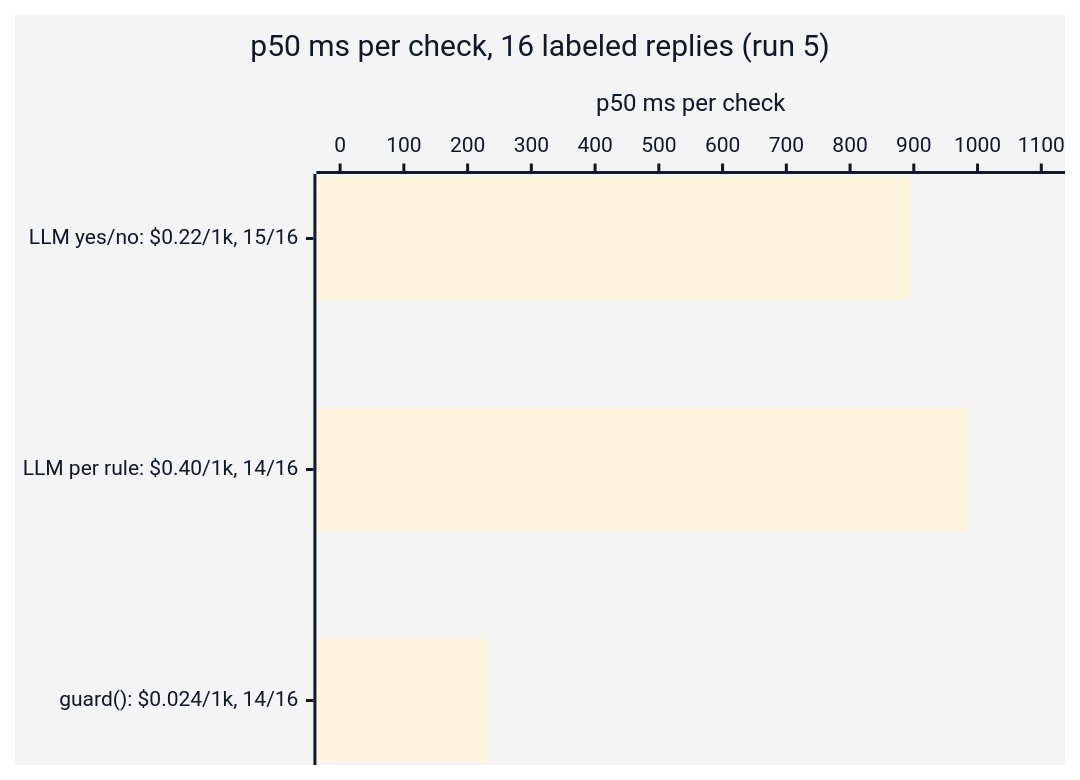
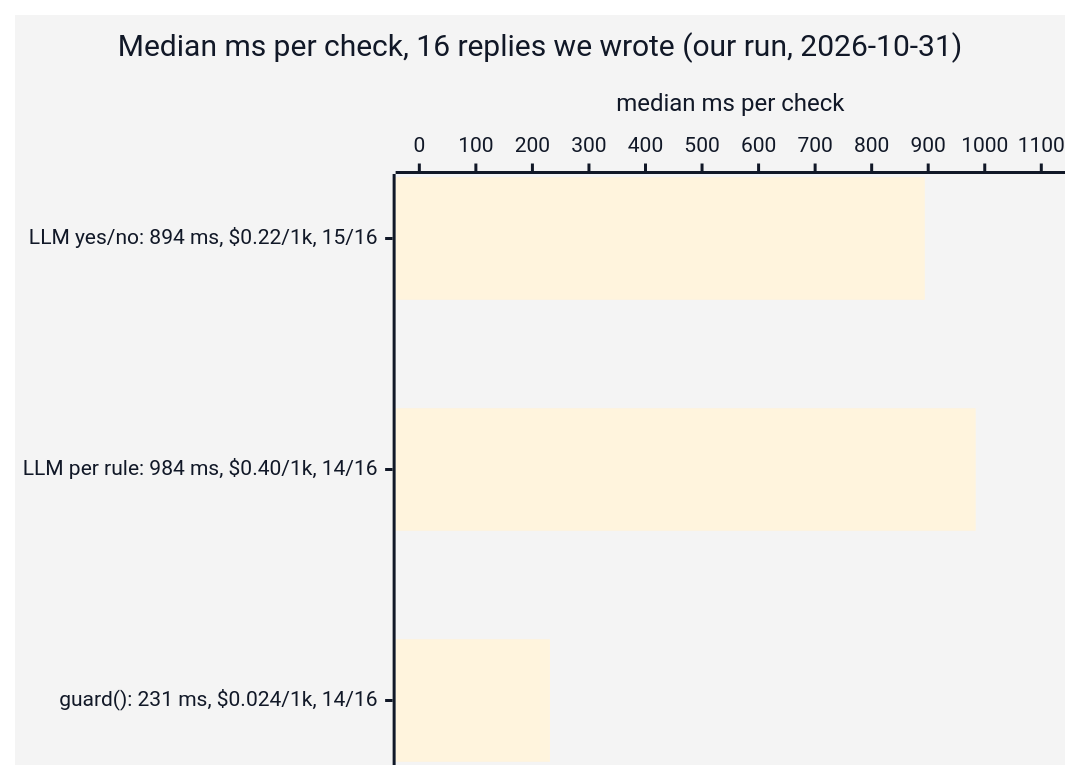
One commit to axel-sirota/getting_started_jev changed the diagram in course/diagrams/module_04/p2-demo-speed-cost.mmd. Above: the diagram before and after it, drawn with Mermaid. The commit also changed 29 other files, not shown here.

Commit message:
Module 4: notebooks and diagrams

```diff
--- a/course/diagrams/module_04/p2-demo-speed-cost.mmd
+++ b/course/diagrams/module_04/p2-demo-speed-cost.mmd
@@ -1,6 +1,6 @@
 %%{init: {"theme": "base", "themeVariables": {"fontFamily": "Inter, sans-serif", "primaryColor": "#ECF8F6", "primaryBorderColor": "#40B8A6", "primaryTextColor": "#111827", "lineColor": "#1A3D4D", "secondaryColor": "#F9FAFB", "tertiaryColor": "#FFFFFF", "clusterBkg": "#F9FAFB", "clusterBorder": "#D1D5DB", "actorBkg": "#ECF8F6", "actorBorder": "#40B8A6", "noteBkgColor": "#FFF6DA", "noteBorderColor": "#E0B84C"}}}%%
 xychart-beta horizontal
-  title "p50 ms per check, 16 labeled replies (run 5)"
-  x-axis ["LLM yes/no: $0.22/1k, 15/16", "LLM per rule: $0.40/1k, 14/16", "guard(): $0.024/1k, 14/16"]
-  y-axis "p50 ms per check" 0 --> 1100
+  title "Median ms per check, 16 replies we wrote (our run, 2026-10-31)"
+  x-axis ["LLM yes/no: 894 ms, $0.22/1k, 15/16", "LLM per rule: 984 ms, $0.40/1k, 14/16", "guard(): 231 ms, $0.024/1k, 14/16"]
+  y-axis "median ms per check" 0 --> 1100
   bar [894, 984, 231]
```
